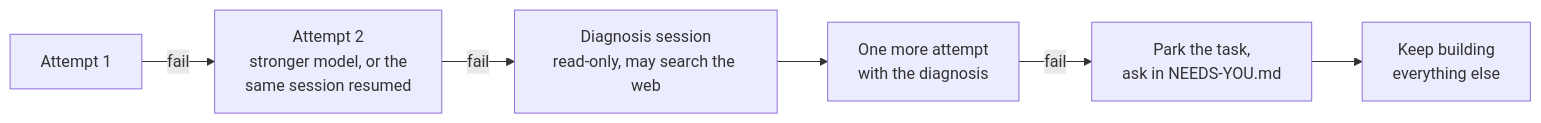
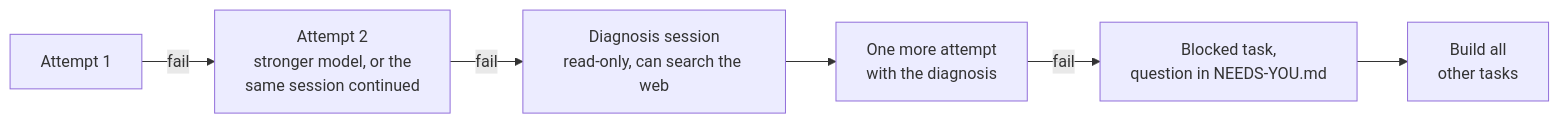
Before and after one commit to manishjnv/AutoPilot: the third of 5 diagrams in ARCHITECTURE.md, drawn with Mermaid. The commit also changed other lines of this file and 5 other files, not shown here.

````diff
--- a/ARCHITECTURE.md
+++ b/ARCHITECTURE.md
@@ -53,8 +64,10 @@
 ```mermaid
 flowchart LR
-    a1["Attempt 1"] -->|fail| a2["Attempt 2<br/>stronger model, or the<br/>same session resumed"]
-    a2 -->|fail| diag["Diagnosis session<br/>read-only, may search the web"]
+    accTitle: When a task fails
+    accDescr: Attempt 2 uses a stronger model or continues the same session. If it fails, a read-only diagnosis session finds the cause. One more attempt uses the diagnosis. If that fails, the task is blocked, a question goes to NEEDS-YOU.md, and the run builds the other tasks.
+    a1["Attempt 1"] -->|fail| a2["Attempt 2<br/>stronger model, or the<br/>same session continued"]
+    a2 -->|fail| diag["Diagnosis session<br/>read-only, can search the web"]
     diag --> a3["One more attempt<br/>with the diagnosis"]
-    a3 -->|fail| park["Park the task,<br/>ask in NEEDS-YOU.md"]
-    park --> go["Keep building<br/>everything else"]
+    a3 -->|fail| park["Blocked task,<br/>question in NEEDS-YOU.md"]
+    park --> go["Build all<br/>other tasks"]
 ```
````
